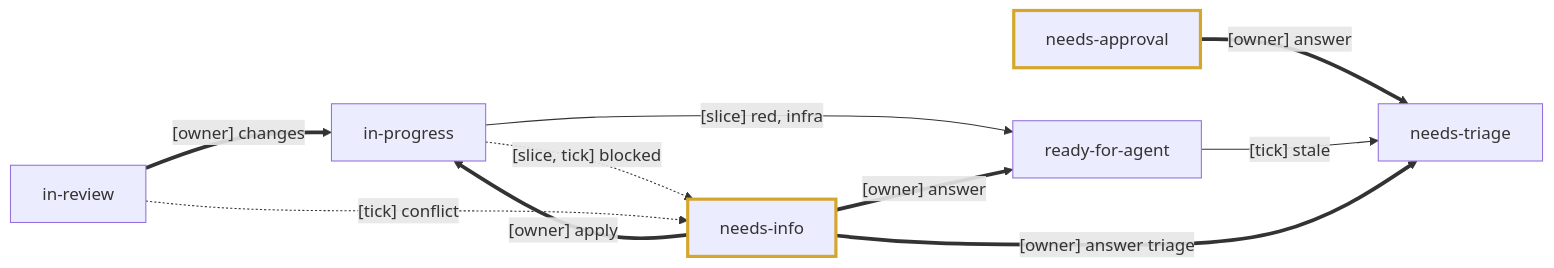
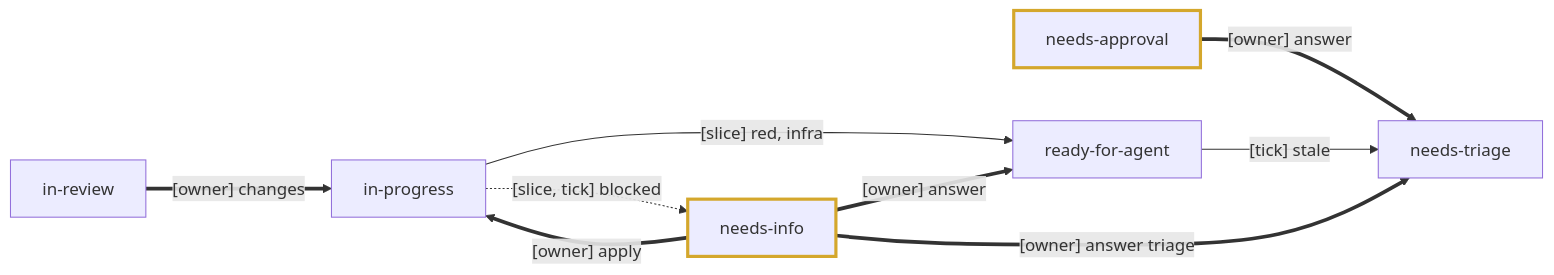
The second of 5 diagrams in docs/agents/factory.md (dvalnn/maestro), drawn with Mermaid before and after one commit. The commit also changed other lines of this file and 12 other files, not shown here.

````diff
--- a/docs/agents/factory.md
+++ b/docs/agents/factory.md
@@ -65,22 +65,21 @@
 ```mermaid
 flowchart LR
     NT["needs-triage"]
     NA["needs-approval"]
     RA["ready-for-agent"]
     IP["in-progress"]
     IR["in-review"]
     NI["needs-info"]
 
     NA ==>|"[owner] answer"| NT
     RA -->|"[tick] stale"| NT
     IP -.->|"[slice, tick] blocked"| NI
     IP -->|"[slice] red, infra"| RA
     IR ==>|"[owner] changes"| IP
-    IR -.->|"[tick] conflict"| NI
     NI ==>|"[owner] answer"| RA
     NI ==>|"[owner] answer triage"| NT
     NI ==>|"[owner] apply"| IP
 
     classDef owner stroke:#d4a72c,stroke-width:3px
     class NA,NI owner
 ```
````
